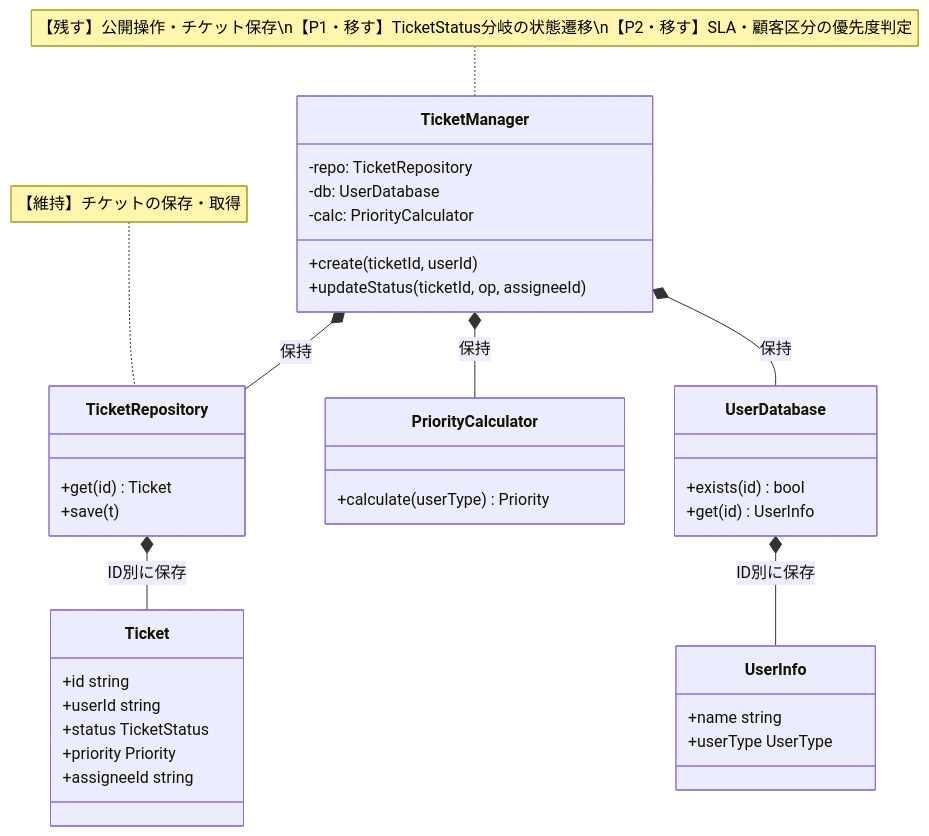
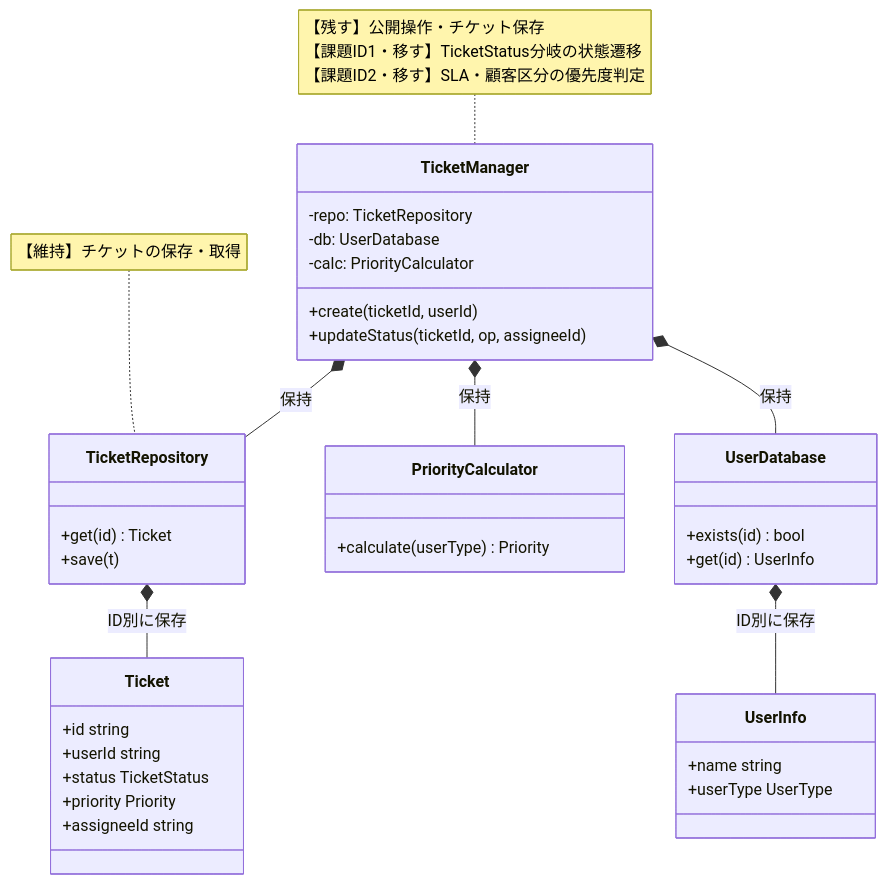
One commit to kumachan1101-pixel/DesignPattern changed the tenth of 18 diagrams in kindle/design-patterns/output/chapter09_2.md. Above: the diagram before and after it, drawn with Mermaid. The commit also changed other lines of this file and 43 other files, not shown here.

````diff
--- a/kindle/design-patterns/output/chapter09_2.md
+++ b/kindle/design-patterns/output/chapter09_2.md
@@ -1231,43 +1245,43 @@
 ```mermaid
 classDiagram
     class TicketManager {
         -repo: TicketRepository
         -db: UserDatabase
         -calc: PriorityCalculator
         +create(ticketId, userId)
         +updateStatus(ticketId, op, assigneeId)
     }
     class TicketRepository {
         +get(id) Ticket
         +save(t)
     }
     class Ticket {
         +id string
         +userId string
         +status TicketStatus
         +priority Priority
         +assigneeId string
     }
     class PriorityCalculator {
         +calculate(userType) Priority
     }
     class UserDatabase {
         +exists(id) bool
         +get(id) UserInfo
     }
     class UserInfo {
         +name string
         +userType UserType
     }
     TicketManager *-- TicketRepository : 保持
     TicketManager *-- PriorityCalculator : 保持
     TicketManager *-- UserDatabase : 保持
     TicketRepository *-- Ticket : ID別に保存
     UserDatabase *-- UserInfo : ID別に保存
 
-    note for TicketManager "【残す】公開操作・チケット保存\n【P1・移す】TicketStatus分岐の状態遷移\n【P2・移す】SLA・顧客区分の優先度判定"
+    note for TicketManager "【残す】公開操作・チケット保存<br/>【課題ID1・移す】TicketStatus分岐の状態遷移<br/>【課題ID2・移す】SLA・顧客区分の優先度判定"
     note for TicketRepository "【維持】チケットの保存・取得"
 
     classDef focus fill:#FFF2CC,stroke:#D6B656,stroke-width:2px,color:#222222
     cssClass "TicketManager" focus
 ```
````
